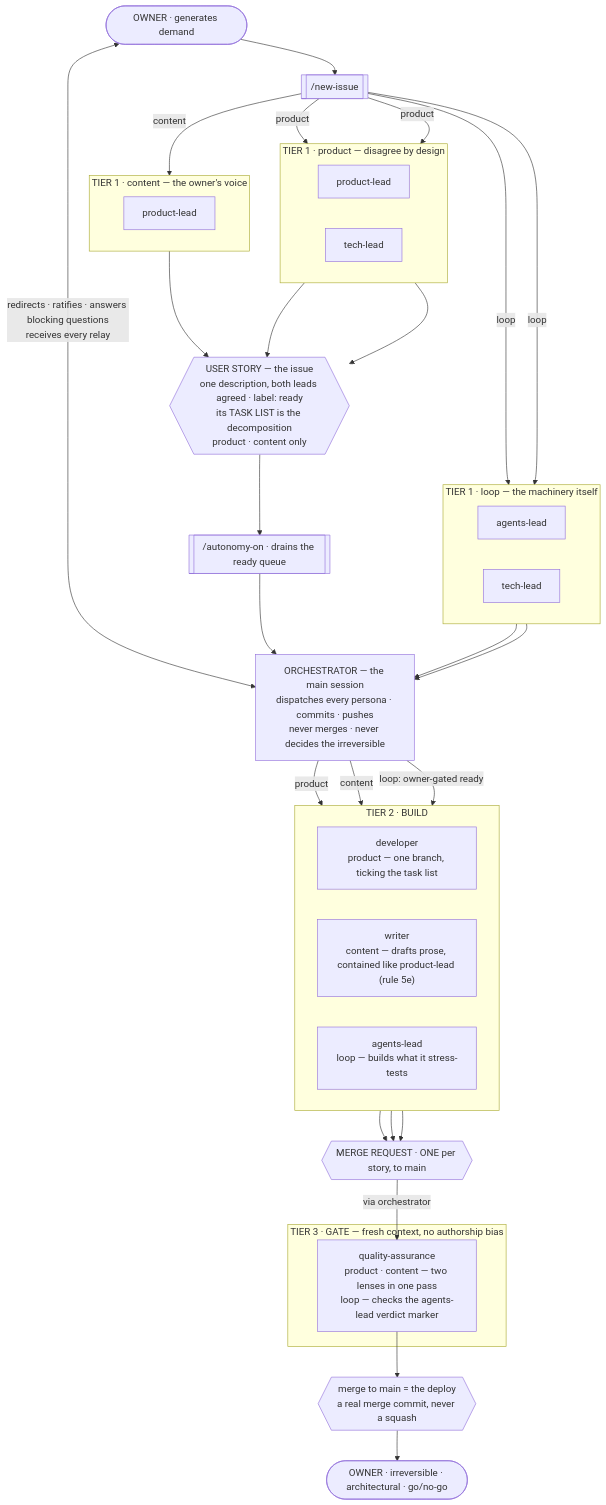
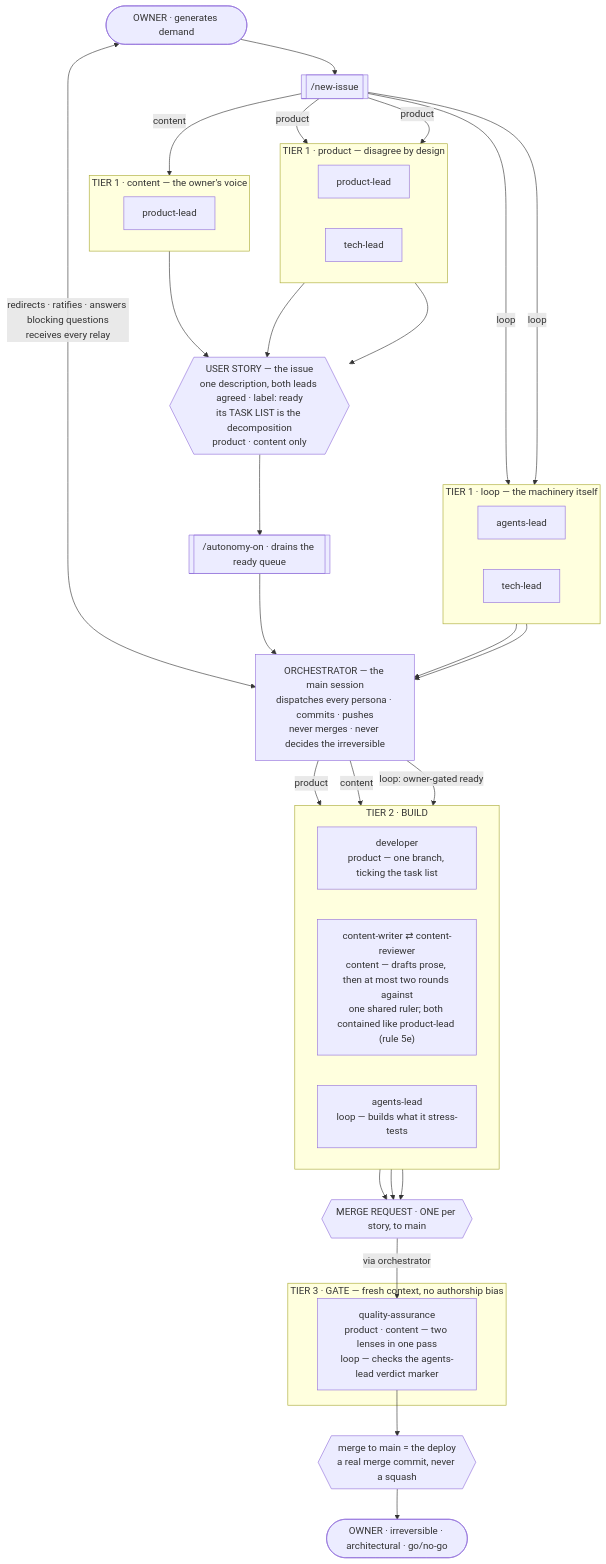
Before and after one commit to tedeuxx/tadeumendonca-skills: the first of 5 diagrams in README.md, drawn with Mermaid. The commit also changed other lines of this file and 20 other files, not shown here.

````diff
--- a/README.md
+++ b/README.md
@@ -143,72 +145,72 @@
 ```mermaid
 flowchart TB
   O(["OWNER · generates demand"])
   NI[["/new-issue"]]
 
   subgraph T1P["TIER 1 · product — disagree by design"]
     direction LR
     PL["product-lead"]
     TL["tech-lead"]
   end
 
   subgraph T1C["TIER 1 · content — the owner's voice"]
     direction LR
     PLC["product-lead"]
   end
 
   subgraph T1L["TIER 1 · loop — the machinery itself"]
     direction LR
     HR["agents-lead"]
     TLL["tech-lead"]
   end
 
   US{{"USER STORY — the issue<br/>one description, both leads agreed · label: ready<br/>its TASK LIST is the decomposition<br/>product · content only"}}
   AO[["/autonomy-on · drains the ready queue"]]
 
   ORCH["ORCHESTRATOR — the main session<br/>dispatches every persona · commits · pushes<br/>never merges · never decides the irreversible"]
 
   subgraph T2["TIER 2 · BUILD"]
     direction LR
     DEV["developer<br/>product — one branch, ticking the task list"]
-    WRT["writer<br/>content — drafts prose, contained like product-lead (rule 5e)"]
+    WRT["content-writer ⇄ content-reviewer<br/>content — drafts prose, then at most two rounds against<br/>one shared ruler; both contained like product-lead (rule 5e)"]
     HRB["agents-lead<br/>loop — builds what it stress-tests"]
   end
 
   MR{{"MERGE REQUEST · ONE per story, to main"}}
 
   subgraph T3["TIER 3 · GATE — fresh context, no authorship bias"]
     QA["quality-assurance<br/>product · content — two lenses in one pass<br/>loop — checks the agents-lead verdict marker"]
   end
 
   M{{"merge to main = the deploy<br/>a real merge commit, never a squash"}}
   OUT(["OWNER · irreversible · architectural · go/no-go"])
 
   O --> NI
   O <-->|"redirects · ratifies · answers blocking questions<br/>receives every relay"| ORCH
 
   NI -->|product| PL
   NI -->|product| TL
   NI -->|content| PLC
   NI -->|loop| HR
   NI -->|loop| TLL
 
   PL --> US
   TL --> US
   PLC --> US
   US --> AO
   AO --> ORCH
 
   HR --> ORCH
   TLL --> ORCH
 
   ORCH -->|"product"| DEV
   ORCH -->|"content"| WRT
   ORCH -->|"loop: owner-gated ready"| HRB
 
   DEV --> MR
   WRT --> MR
   HRB --> MR
   MR -->|"via orchestrator"| QA
   QA --> M
   M --> OUT
 ```
````
